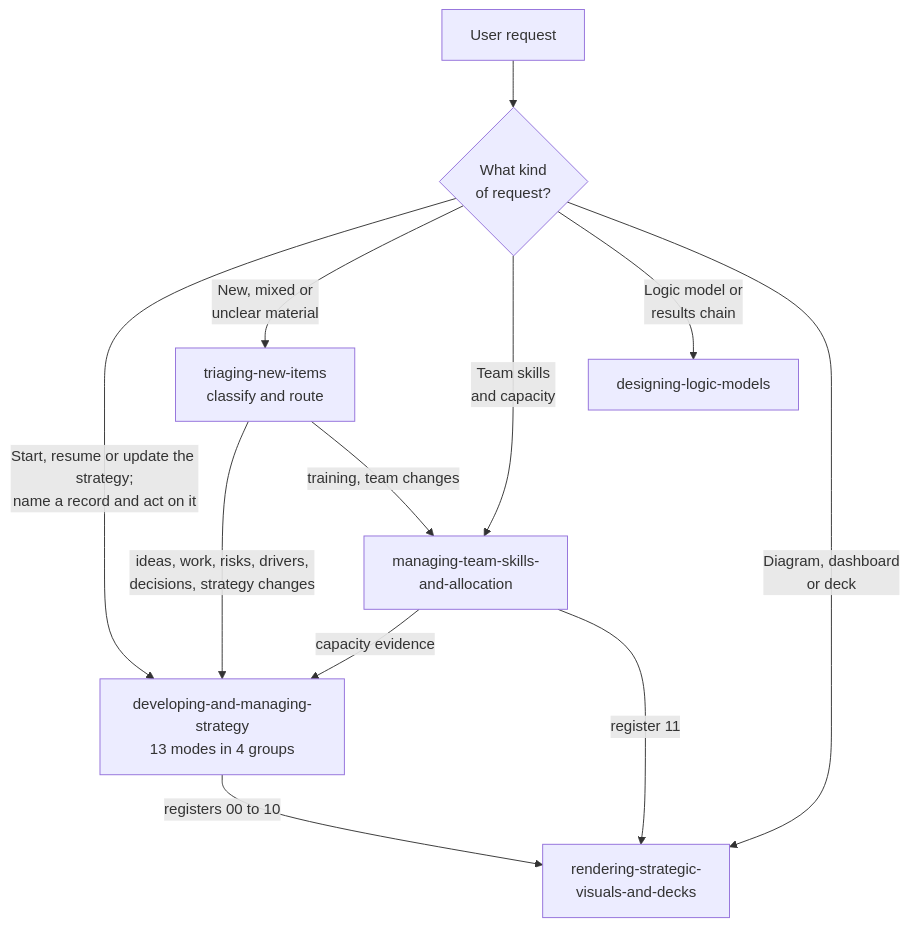
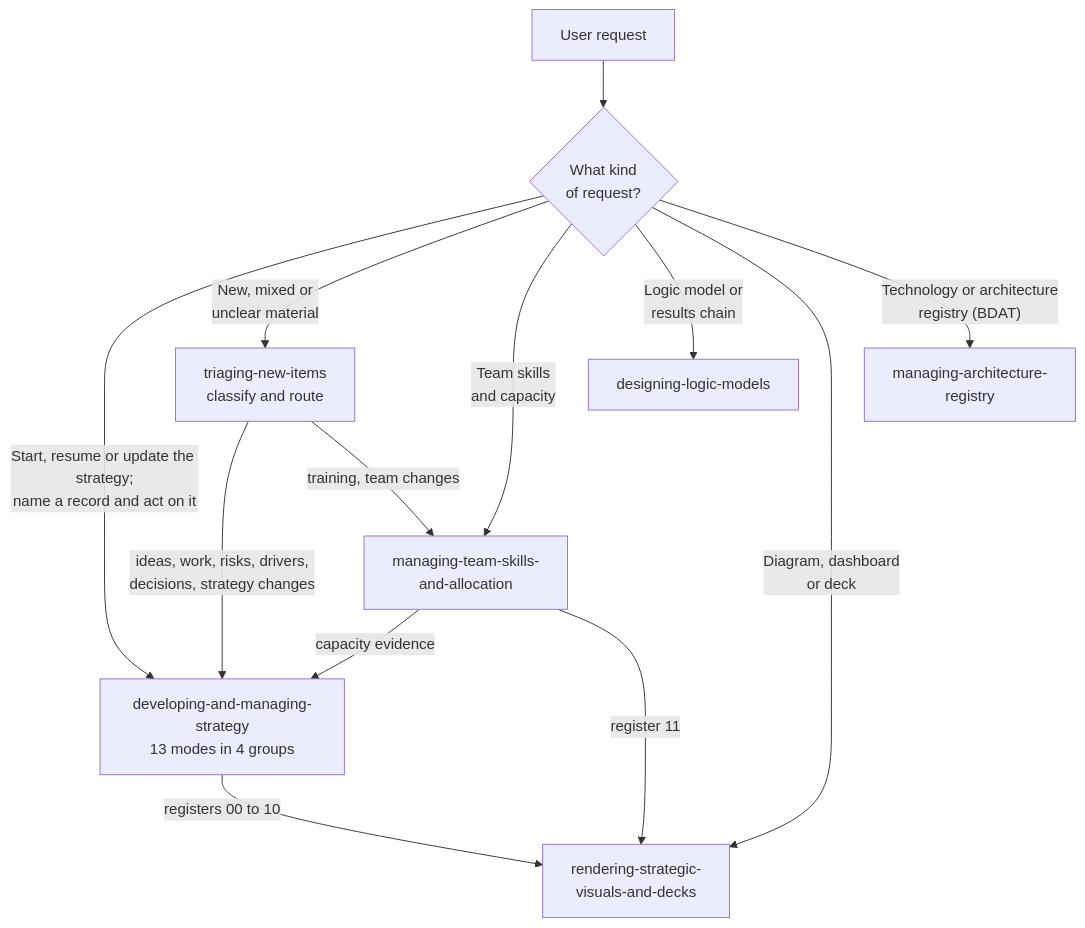
The fourth of 6 diagrams in architecture.md (bcgov/strategic-planning-workbench), drawn with Mermaid before and after one commit. The commit also changed other lines of this file and 11 other files, not shown here.

Commit message:
feat: add managing-architecture-registry skill to strategic-planning plugin (#17)

````diff
--- a/architecture.md
+++ b/architecture.md
@@ -122,14 +122,15 @@
 ```mermaid
 flowchart TD
     U["User request"] --> Q{"What kind<br>of request?"}
     Q -->|"Start, resume or update the strategy;<br>name a record and act on it"| D["developing-and-managing-strategy<br>13 modes in 4 groups"]
     Q -->|"New, mixed or<br>unclear material"| T["triaging-new-items<br>classify and route"]
     Q -->|"Team skills<br>and capacity"| M["managing-team-skills-<br>and-allocation"]
     Q -->|"Logic model or<br>results chain"| L["designing-logic-models"]
     Q -->|"Diagram, dashboard<br>or deck"| R["rendering-strategic-<br>visuals-and-decks"]
+    Q -->|"Technology or architecture<br>registry (BDAT)"| A["managing-architecture-<br>registry"]
     T -->|"ideas, work, risks, drivers,<br>decisions, strategy changes"| D
     T -->|"training, team changes"| M
     M -->|"capacity evidence"| D
     D -->|"registers 00 to 10"| R
     M -->|"register 11"| R
 ```
````
